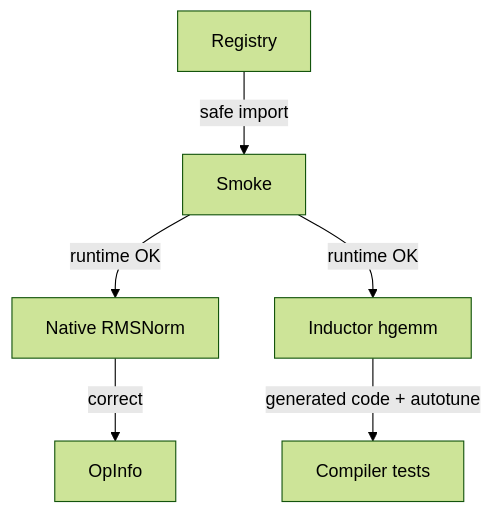
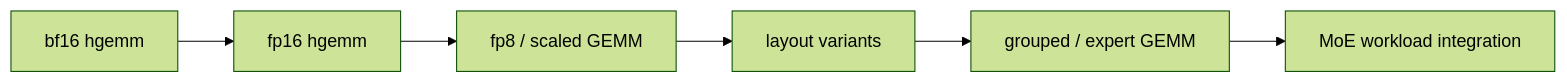
The sixth of 6 diagrams in docs/pytorch_integration_rfc.md (XiaobingSuper/FlyDSL), drawn with Mermaid (forest theme) before and after one commit. The commit also changed other lines of this file, not shown here.

````diff
--- a/docs/pytorch_integration_rfc.md
+++ b/docs/pytorch_integration_rfc.md
@@ -491,8 +241,8 @@
 ```mermaid
-flowchart TB
-    A["Registry"] -->|safe import| B["Smoke"]
-    B -->|runtime OK| C["Native RMSNorm"]
-    C -->|correct| D["OpInfo"]
-    B -->|runtime OK| E["Inductor hgemm"]
-    E -->|generated code + autotune| F["Compiler tests"]
+flowchart LR
+    A["bf16 hgemm"] --> B["fp16 hgemm"]
+    B --> C["fp8 / scaled GEMM"]
+    C --> D["layout variants"]
+    D --> E["grouped / expert GEMM"]
+    E --> F["MoE workload integration"]
 ```
````
